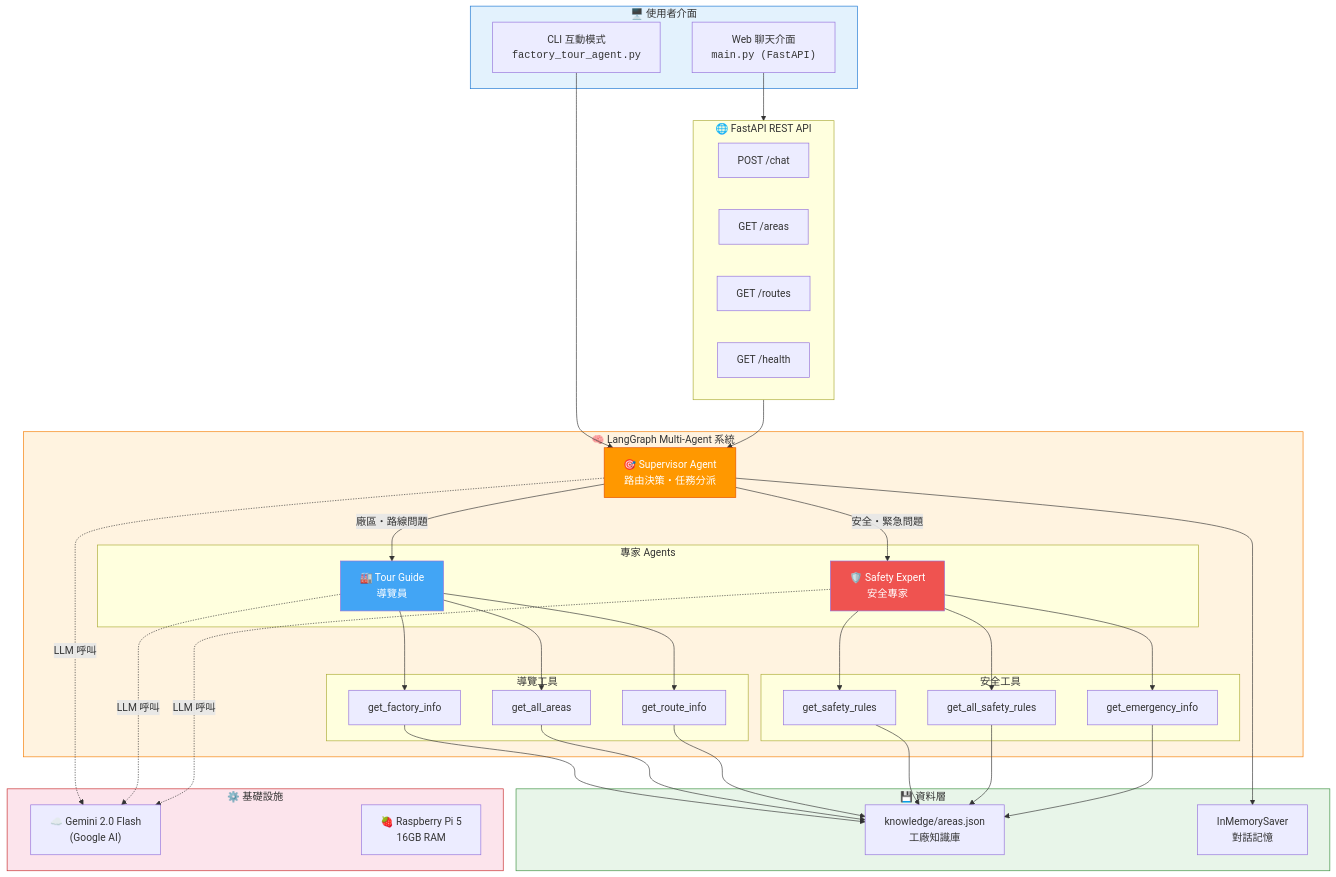
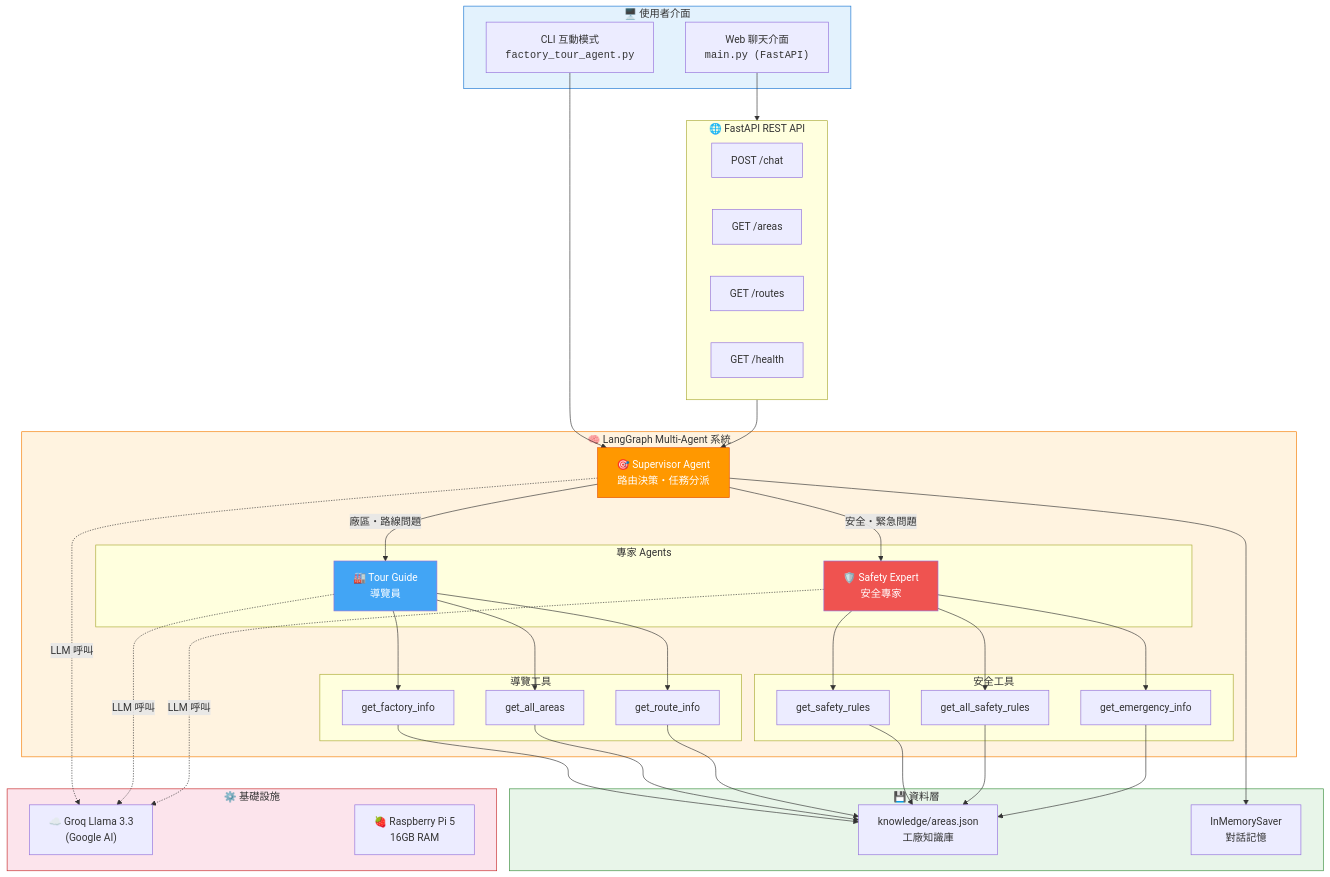
One commit to RoyPiBot/factory-tour changed the first of 3 diagrams in README.md. Above: the diagram before and after it, drawn with Mermaid. The commit also changed other lines of this file and 1 other file, not shown here.

First line of the commit message:
chore: 清理誤建檔案 + 更新 README 反映 Groq 後端

````diff
--- a/README.md
+++ b/README.md
@@ -9,66 +9,66 @@
 ```mermaid
 flowchart TB
     subgraph Entry["🖥️ 使用者介面"]
         CLI["CLI 互動模式<br/><code>factory_tour_agent.py</code>"]
         WEB["Web 聊天介面<br/><code>main.py (FastAPI)</code>"]
     end
 
     subgraph API["🌐 FastAPI REST API"]
         direction LR
         EP1["POST /chat"]
         EP2["GET /areas"]
         EP3["GET /routes"]
         EP4["GET /health"]
     end
 
     subgraph LangGraph["🧠 LangGraph Multi-Agent 系統"]
         SUP["🎯 Supervisor Agent<br/>路由決策・任務分派"]
 
         subgraph Agents["專家 Agents"]
             TG["🏭 Tour Guide<br/>導覽員"]
             SE["🛡️ Safety Expert<br/>安全專家"]
         end
 
         subgraph Tools_TG["導覽工具"]
             T1["get_factory_info"]
             T2["get_all_areas"]
             T3["get_route_info"]
         end
 
         subgraph Tools_SE["安全工具"]
             T4["get_safety_rules"]
             T5["get_all_safety_rules"]
             T6["get_emergency_info"]
         end
 
         SUP -->|廠區・路線問題| TG
         SUP -->|安全・緊急問題| SE
         TG --> T1 & T2 & T3
         SE --> T4 & T5 & T6
     end
 
     subgraph Data["💾 資料層"]
         KB["knowledge/areas.json<br/>工廠知識庫"]
         MEM["InMemorySaver<br/>對話記憶"]
     end
 
     subgraph Infra["⚙️ 基礎設施"]
-        GEMINI["☁️ Gemini 2.0 Flash<br/>(Google AI)"]
+        GEMINI["☁️ Groq Llama 3.3<br/>(Google AI)"]
         PI["🍓 Raspberry Pi 5<br/>16GB RAM"]
     end
 
     CLI --> SUP
     WEB --> API --> SUP
     T1 & T2 & T3 & T4 & T5 & T6 --> KB
     SUP --> MEM
     SUP & TG & SE -.->|LLM 呼叫| GEMINI
     LangGraph ~~~ PI
 
     style Entry fill:#e3f2fd,stroke:#1976d2
     style LangGraph fill:#fff3e0,stroke:#f57c00
     style Data fill:#e8f5e9,stroke:#388e3c
     style Infra fill:#fce4ec,stroke:#c62828
     style SUP fill:#ff9800,color:#fff,stroke:#e65100
     style TG fill:#42a5f5,color:#fff
     style SE fill:#ef5350,color:#fff
 ```
````
